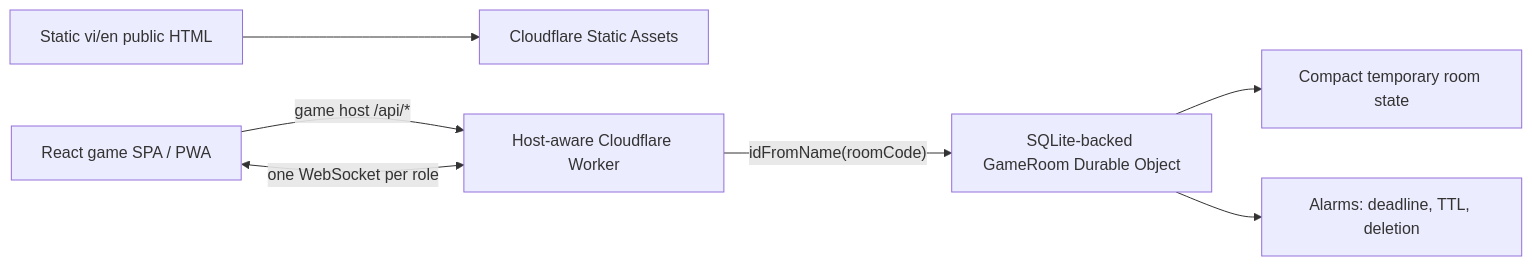
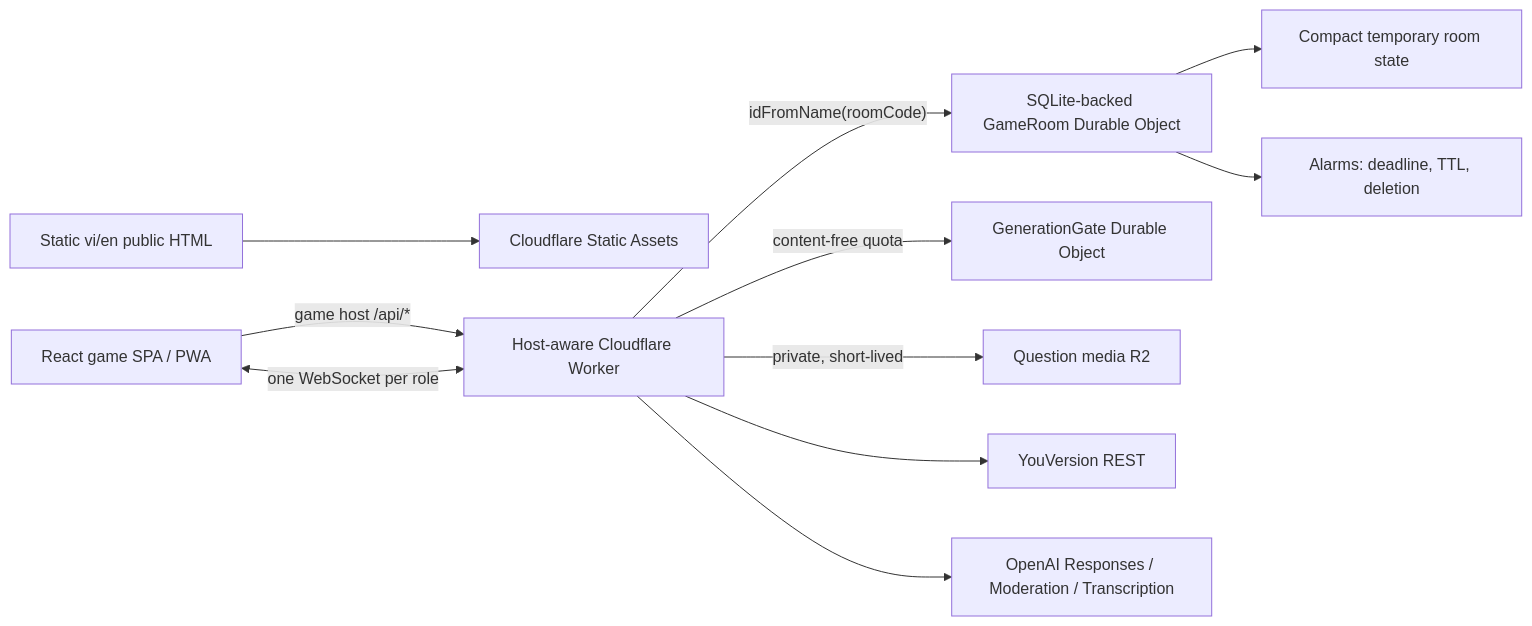
Before and after one commit to khiemnd777/dkt: the diagram in README.md, drawn with Mermaid. The commit also changed other lines of this file and 70 other files, not shown here.

````diff
--- a/README.md
+++ b/README.md
@@ -37,9 +38,13 @@
 ```mermaid
 flowchart LR
   PUB["Static vi/en public HTML"] --> ASSET["Cloudflare Static Assets"]
   B["React game SPA / PWA"] -->|"game host /api/*"| W["Host-aware Cloudflare Worker"]
   B <-->|"one WebSocket per role"| W
   W -->|"idFromName(roomCode)"| D["SQLite-backed GameRoom Durable Object"]
+  W -->|"content-free quota"| G["GenerationGate Durable Object"]
+  W -->|"private, short-lived"| R2["Question media R2"]
+  W --> YV["YouVersion REST"]
+  W --> OAI["OpenAI Responses / Moderation / Transcription"]
   D --> STATE["Compact temporary room state"]
   D --> ALARM["Alarms: deadline, TTL, deletion"]
 ```
````
